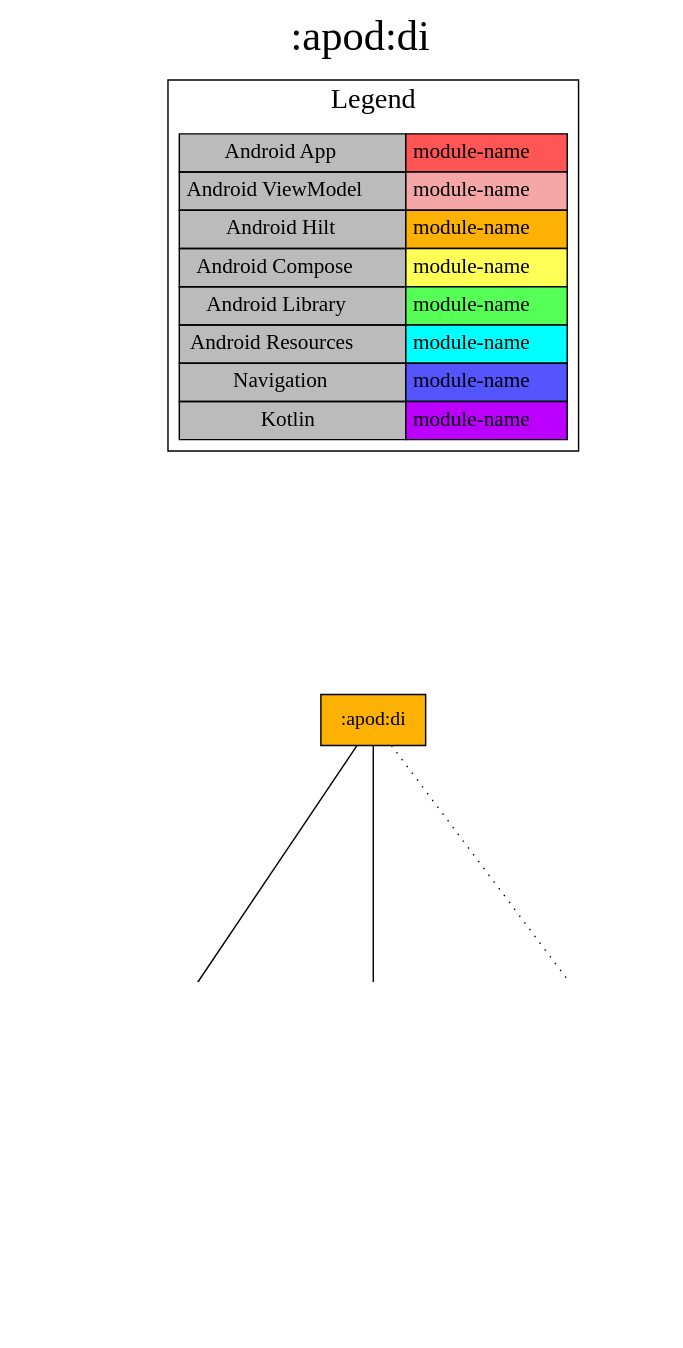
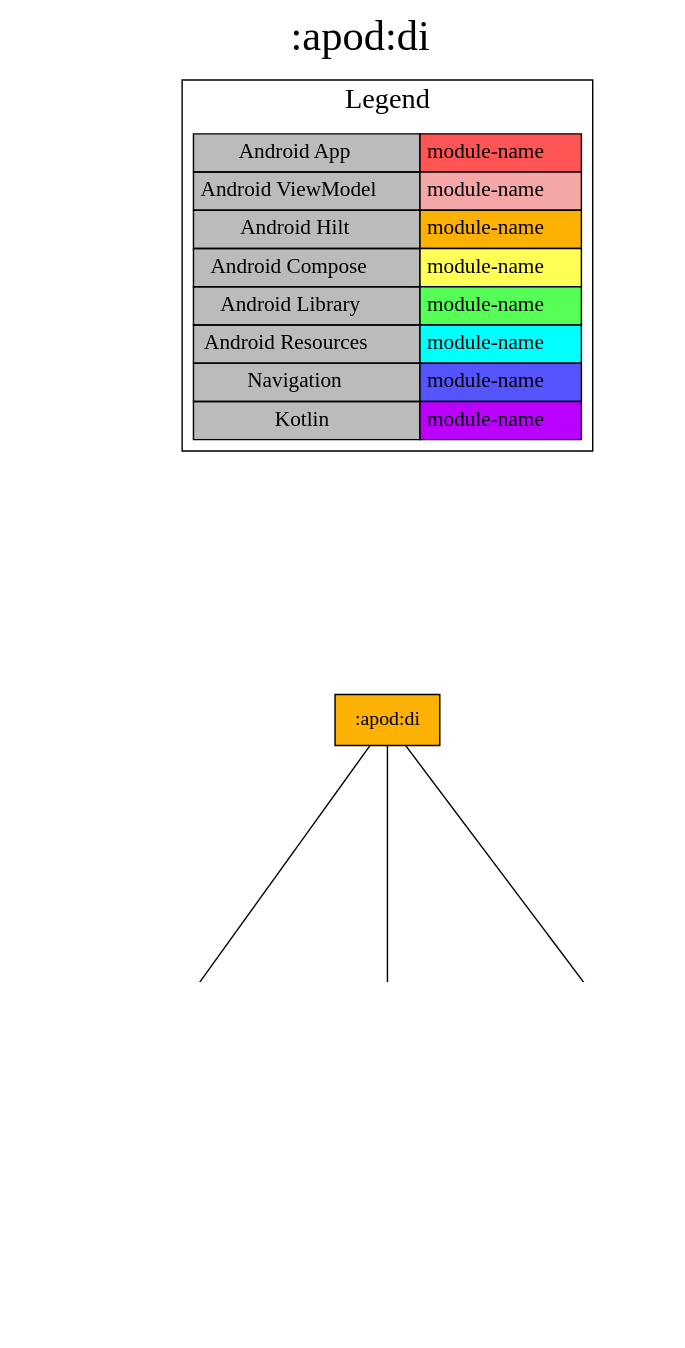
The diagram in modules/apod/di/project-dependency-graph.dot (jonapoul/nasa-android), drawn with Graphviz before and after one commit. The commit also changed 70 other files, not shown here.

```diff
--- a/modules/apod/di/project-dependency-graph.dot
+++ b/modules/apod/di/project-dependency-graph.dot
@@ -1,37 +1,37 @@
 digraph {
 edge ["dir"="forward"]
 graph ["dpi"="100","label"=":apod:di","labelloc"="t","fontsize"="30","ranksep"="2.5","rankdir"="TB"]
 node ["style"="filled"]
 ":apod:di" ["shape"="box","fillcolor"="#FCB103"]
 ":apod:data:api" ["fillcolor"="#BB00FF","shape"="box"]
 ":apod:model" ["fillcolor"="#BB00FF","shape"="box"]
 ":core:model" ["fillcolor"="#BB00FF","shape"="box"]
+":core:http:factories" ["fillcolor"="#BB00FF","shape"="box"]
 ":core:http:usage" ["fillcolor"="#BB00FF","shape"="box"]
-":core:http:factories" ["fillcolor"="#BB00FF","shape"="box"]
 {
 edge ["dir"="none"]
 graph ["rank"="same"]
 ":apod:di"
 }
 ":apod:di" -> ":apod:data:api"
+":apod:di" -> ":core:http:factories"
 ":apod:di" -> ":core:http:usage"
-":apod:di" -> ":core:http:factories" ["style"="dotted"]
 ":apod:data:api" -> ":apod:model"
 ":apod:data:api" -> ":core:model"
 subgraph "cluster_legend" {
 edge ["dir"="none"]
 graph ["label"="Legend","fontsize"="20"]
 "Legend" ["style"="filled","fillcolor"="#bbbbbb","shape"="none","margin"="0","fontsize"="15","label"=<
 <TABLE BORDER="0" CELLBORDER="1" CELLSPACING="0" CELLPADDING="4">
 <TR><TD>Android App</TD><TD BGCOLOR="#FF5555">module-name</TD></TR>
 <TR><TD>Android ViewModel</TD><TD BGCOLOR="#F5A6A6">module-name</TD></TR>
 <TR><TD>Android Hilt</TD><TD BGCOLOR="#FCB103">module-name</TD></TR>
 <TR><TD>Android Compose</TD><TD BGCOLOR="#FFFF55">module-name</TD></TR>
 <TR><TD>Android Library</TD><TD BGCOLOR="#55FF55">module-name</TD></TR>
 <TR><TD>Android Resources</TD><TD BGCOLOR="#00FFFF">module-name</TD></TR>
 <TR><TD>Navigation</TD><TD BGCOLOR="#5555FF">module-name</TD></TR>
 <TR><TD>Kotlin</TD><TD BGCOLOR="#BB00FF">module-name</TD></TR>
 </TABLE>
 >]
 } -> ":apod:di" ["style"="invis"]
 }
```
